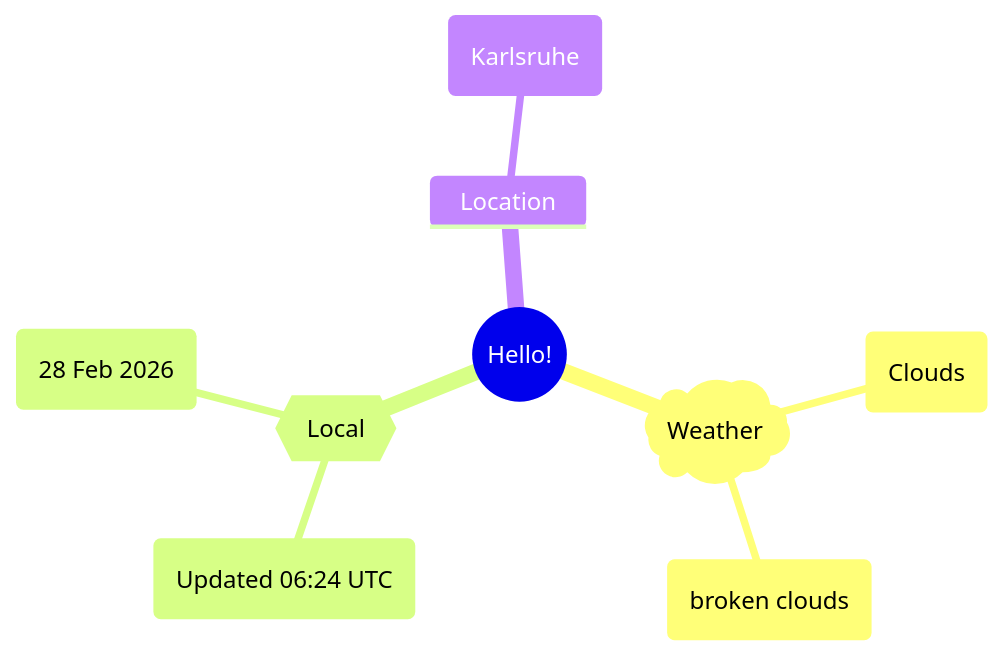
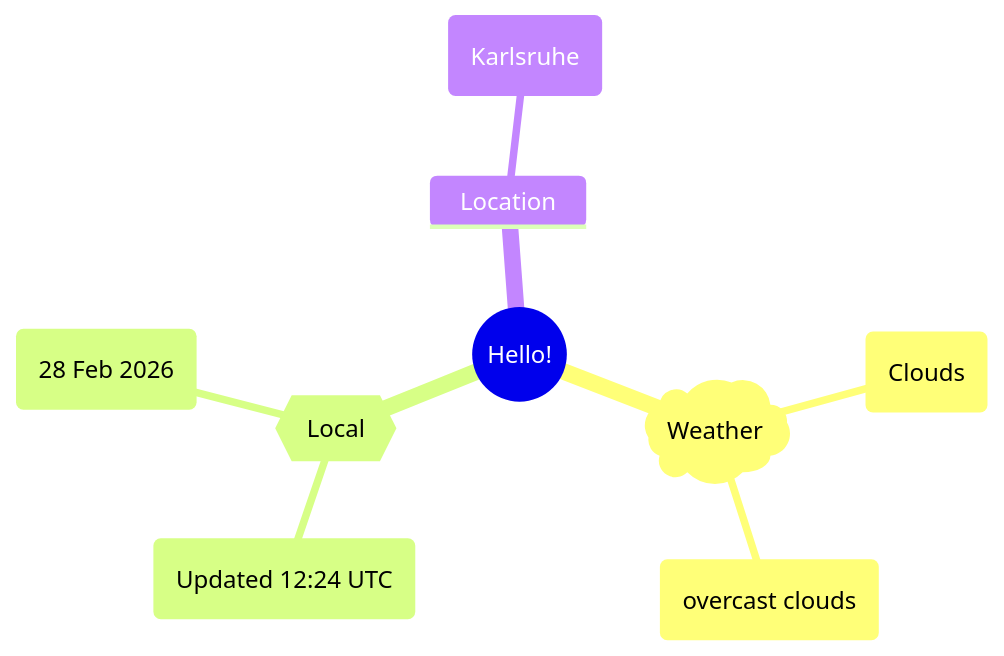
The first of 2 diagrams in README.md (Xosrov/Xosrov), drawn with Mermaid before and after one commit.

Commit message:
[bot] updated images

````diff
--- a/README.md
+++ b/README.md
@@ -3,12 +3,12 @@
 ```mermaid
 mindmap
   root((Hello!))
     )Weather(
         (Clouds)
-        (broken clouds)
+        (overcast clouds)
     {{Local}}
-        (Updated 06:24 UTC)
+        (Updated 12:24 UTC)
         (28 Feb 2026)
     Location
         (Karlsruhe)
 ```
````
